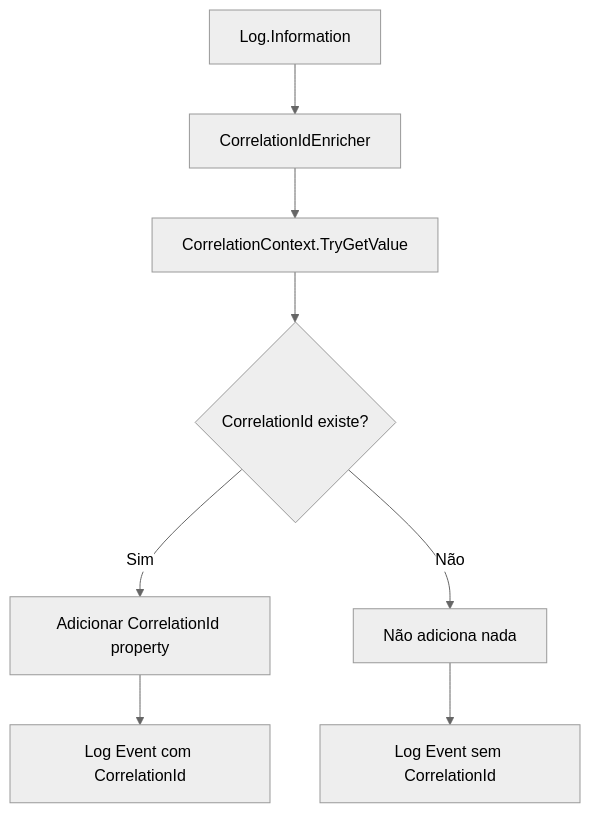
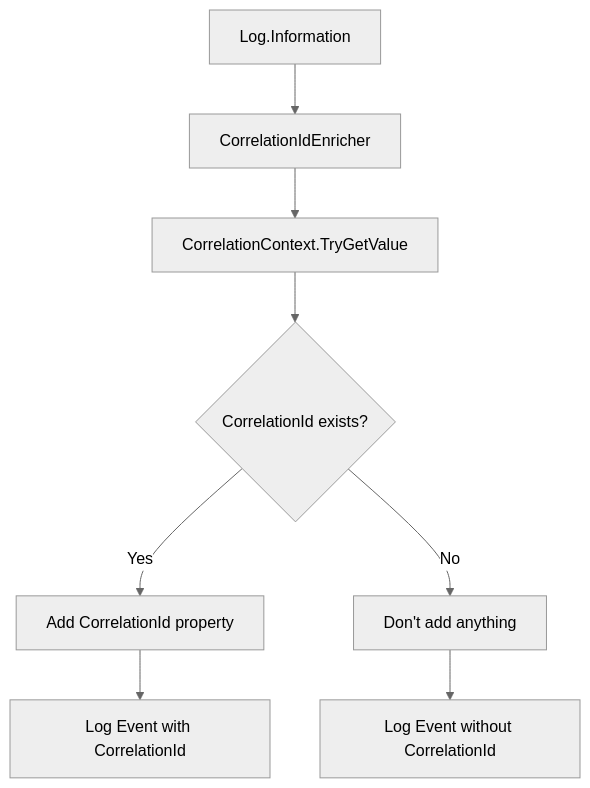
Before and after one commit to whitebeardit/traceability: the sixth of 7 diagrams in docs/agents/architecture.md, drawn with Mermaid (neutral theme). The commit also changed other lines of this file and 35 other files, not shown here.

````diff
--- a/docs/agents/architecture.md
+++ b/docs/agents/architecture.md
@@ -169,10 +169,10 @@
 ```mermaid
 graph TD
     A[Log.Information] --> B[CorrelationIdEnricher]
     B --> C[CorrelationContext.TryGetValue]
-    C --> D{CorrelationId existe?}
-    D -->|Sim| E[Adicionar CorrelationId property]
-    D -->|Não| F[Não adiciona nada]
-    E --> G[Log Event com CorrelationId]
-    F --> H[Log Event sem CorrelationId]
+    C --> D{CorrelationId exists?}
+    D -->|Yes| E[Add CorrelationId property]
+    D -->|No| F[Don't add anything]
+    E --> G[Log Event with CorrelationId]
+    F --> H[Log Event without CorrelationId]
 ```
````
